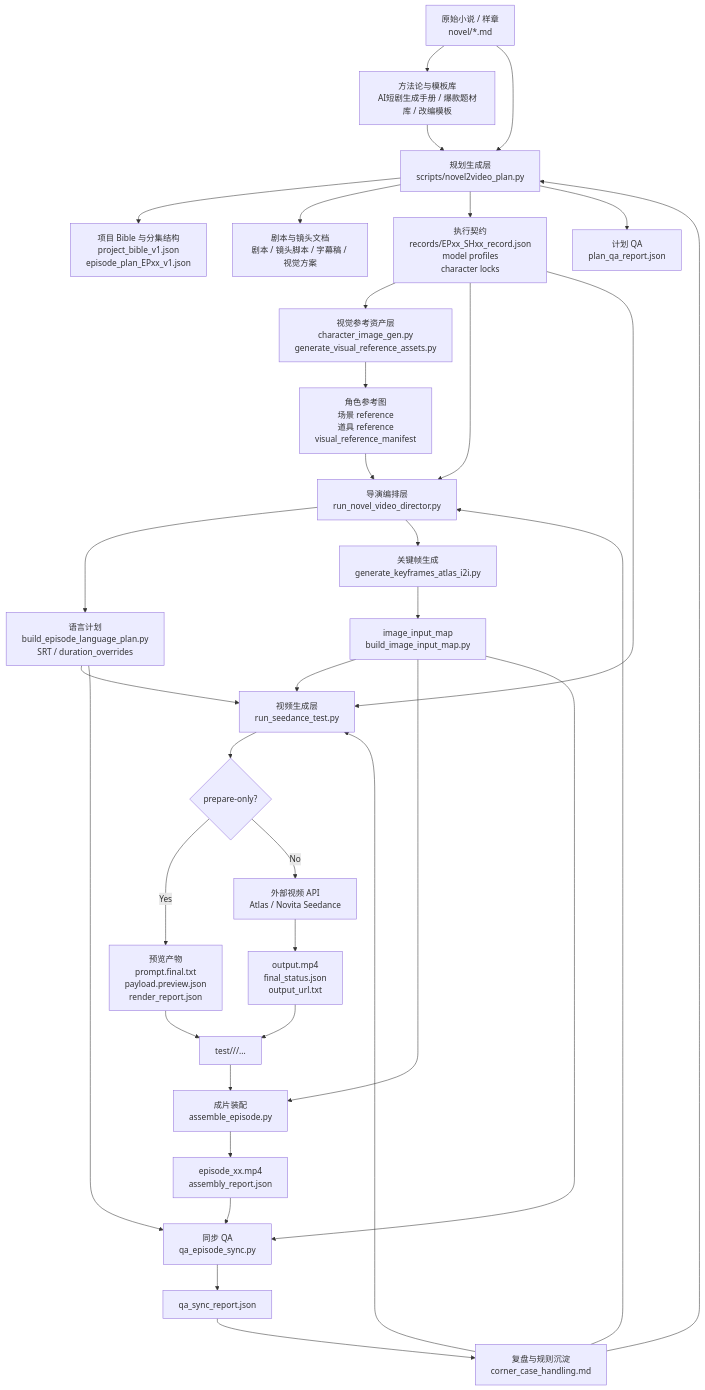
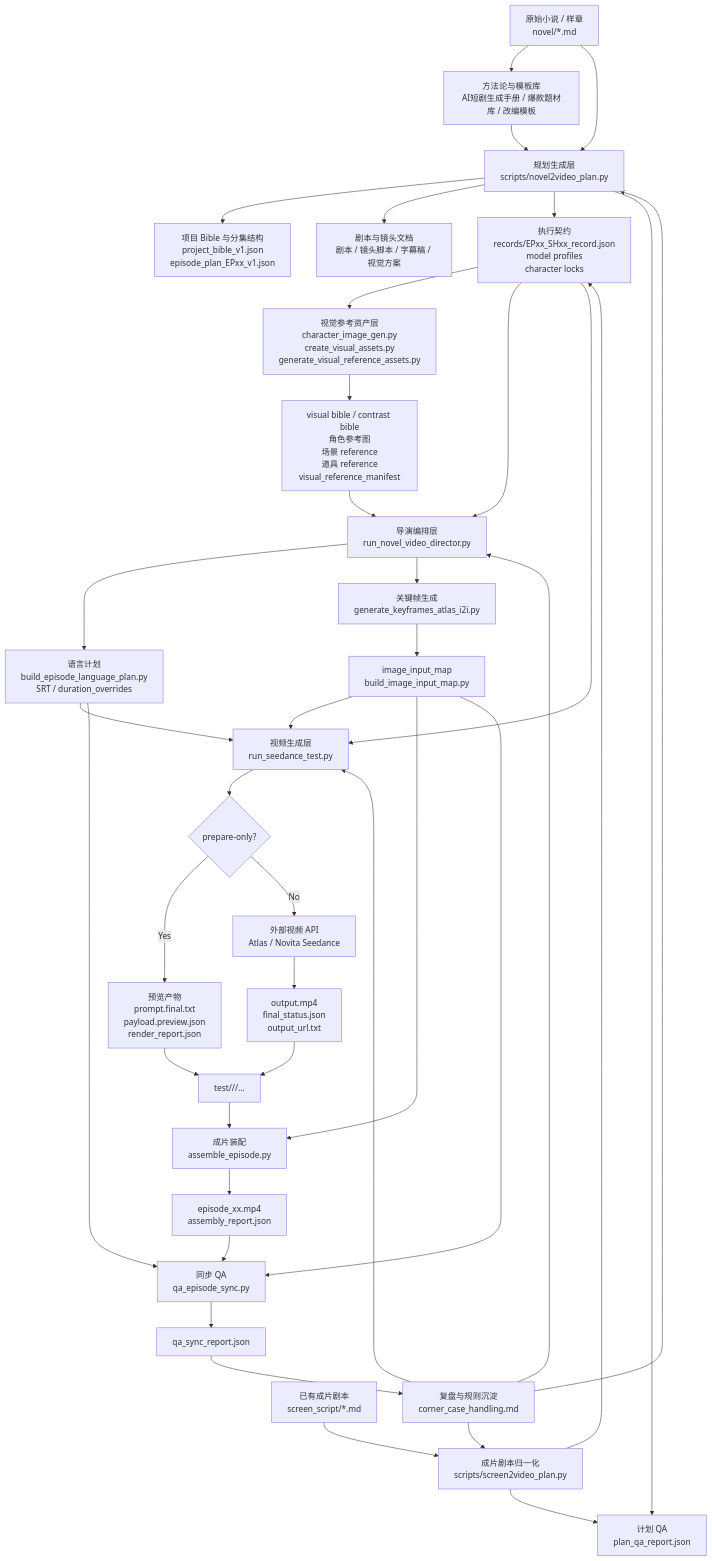
One commit to leiyang2003/Short_videoGEN changed the first of 5 diagrams in docs/technical_review_20260429.md. Above: the diagram before and after it, drawn with Mermaid. The commit also changed other lines of this file and 4067 other files, not shown here.

Commit message:
Update video pipeline assets and planning outputs

````diff
--- a/docs/technical_review_20260429.md
+++ b/docs/technical_review_20260429.md
@@ -24,44 +28,48 @@
 ```mermaid
 flowchart TD
   A["原始小说 / 样章<br/>novel/*.md"] --> B["方法论与模板库<br/>AI短剧生成手册 / 爆款题材库 / 改编模板"]
+  A2["已有成片剧本<br/>screen_script/*.md"] --> C2["成片剧本归一化<br/>scripts/screen2video_plan.py"]
   B --> C["规划生成层<br/>scripts/novel2video_plan.py"]
   A --> C
+  C2 --> F
+  C2 --> G
 
   C --> D["项目 Bible 与分集结构<br/>project_bible_v1.json<br/>episode_plan_EPxx_v1.json"]
   C --> E["剧本与镜头文档<br/>剧本 / 镜头脚本 / 字幕稿 / 视觉方案"]
   C --> F["执行契约<br/>records/EPxx_SHxx_record.json<br/>model profiles<br/>character locks"]
   C --> G["计划 QA<br/>plan_qa_report.json"]
 
-  F --> H["视觉参考资产层<br/>character_image_gen.py<br/>generate_visual_reference_assets.py"]
-  H --> H1["角色参考图<br/>场景 reference<br/>道具 reference<br/>visual_reference_manifest"]
+  F --> H["视觉参考资产层<br/>character_image_gen.py<br/>create_visual_assets.py<br/>generate_visual_reference_assets.py"]
+  H --> H1["visual bible / contrast bible<br/>角色参考图<br/>场景 reference<br/>道具 reference<br/>visual_reference_manifest"]
 
   F --> I["导演编排层<br/>run_novel_video_director.py"]
   H1 --> I
   I --> J["语言计划<br/>build_episode_language_plan.py<br/>SRT / duration_overrides"]
   I --> K["关键帧生成<br/>generate_keyframes_atlas_i2i.py"]
   K --> L["image_input_map<br/>build_image_input_map.py"]
 
   F --> M["视频生成层<br/>run_seedance_test.py"]
   J --> M
   L --> M
   M --> N{"prepare-only?"}
   N -- "Yes" --> O["预览产物<br/>prompt.final.txt<br/>payload.preview.json<br/>render_report.json"]
   N -- "No" --> P["外部视频 API<br/>Atlas / Novita Seedance"]
   P --> Q["output.mp4<br/>final_status.json<br/>output_url.txt"]
   O --> R["test/<experiment>/<shot>/..."]
   Q --> R
 
   R --> S["成片装配<br/>assemble_episode.py"]
   L --> S
   S --> T["episode_xx.mp4<br/>assembly_report.json"]
 
   J --> U["同步 QA<br/>qa_episode_sync.py"]
   L --> U
   T --> U
   U --> V["qa_sync_report.json"]
 
   V --> W["复盘与规则沉淀<br/>corner_case_handling.md"]
   W --> C
+  W --> C2
   W --> I
   W --> M
 ```
````
